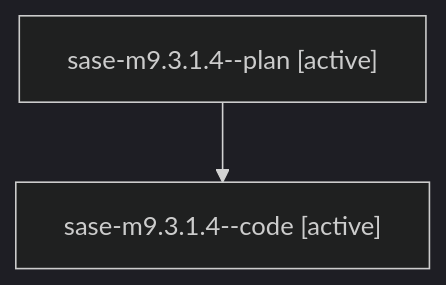
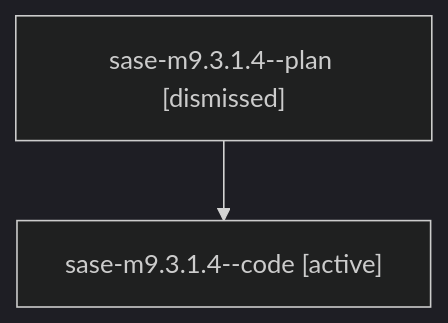
The diagram in families/bbugyi200.athena.sase-m9.3.1.4.md (sase-org/sase--agents), drawn with Mermaid (dark theme) before and after one commit. The commit also changed other lines of this file and 107 other files, not shown here.

````diff
--- a/families/bbugyi200.athena.sase-m9.3.1.4.md
+++ b/families/bbugyi200.athena.sase-m9.3.1.4.md
@@ -9,6 +9,6 @@
 ```mermaid
 flowchart TD
-  n0["sase-m9.3.1.4--plan [active]"]
+  n0["sase-m9.3.1.4--plan [dismissed]"]
   n1["sase-m9.3.1.4--code [active]"]
   n0 --> n1
 ```
````
